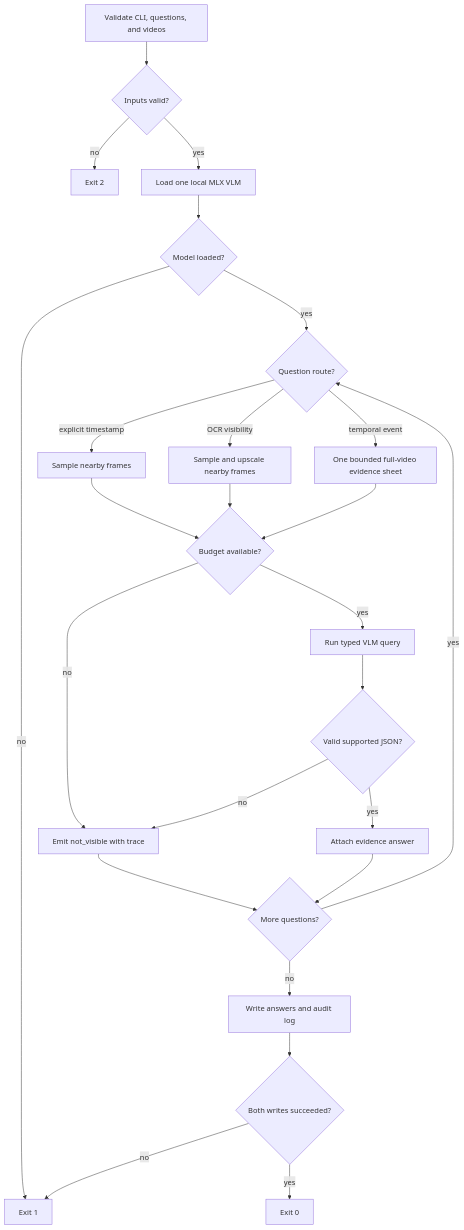
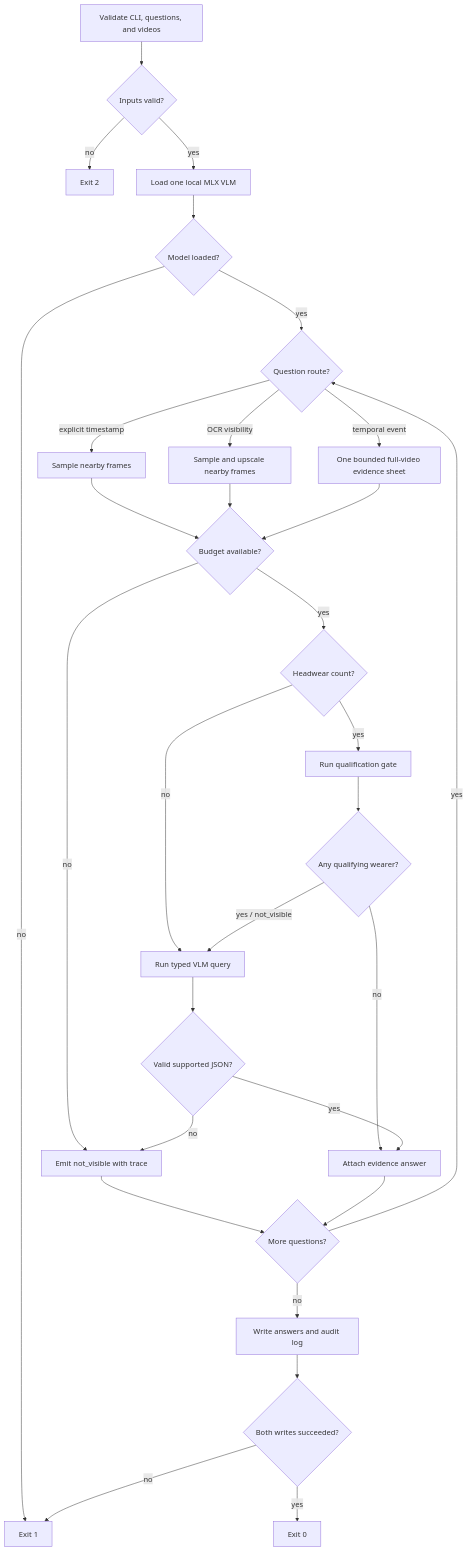
The diagram in DESIGN.md (softpeanut/kitchen-cctv-agent), drawn with Mermaid before and after one commit. The commit also changed other lines of this file and 1 other file, not shown here.

Commit message:
Document and test headwear count branches

````diff
--- a/DESIGN.md
+++ b/DESIGN.md
@@ -68,27 +68,32 @@
 ```mermaid
 flowchart TD
     A["Validate CLI, questions, and videos"] --> B{"Inputs valid?"}
     B -- no --> X["Exit 2"]
     B -- yes --> C["Load one local MLX VLM"]
     C --> D{"Model loaded?"}
     D -- no --> Y["Exit 1"]
     D -- yes --> E{"Question route?"}
     E -- explicit timestamp --> F["Sample nearby frames"]
     E -- OCR visibility --> G["Sample and upscale nearby frames"]
     E -- temporal event --> H["One bounded full-video evidence sheet"]
     F --> I{"Budget available?"}
     G --> I
     H --> I
     I -- no --> J["Emit not_visible with trace"]
-    I -- yes --> K["Run typed VLM query"]
+    I -- yes --> R{"Headwear count?"}
+    R -- no --> K["Run typed VLM query"]
+    R -- yes --> S["Run qualification gate"]
+    S --> T{"Any qualifying wearer?"}
+    T -- no --> M["Attach evidence count 0"]
+    T -- "yes / not_visible" --> K
     K --> L{"Valid supported JSON?"}
     L -- no --> J
     L -- yes --> M["Attach evidence answer"]
     J --> N{"More questions?"}
     M --> N
     N -- yes --> E
     N -- no --> O["Write answers and audit log"]
     O --> P{"Both writes succeeded?"}
     P -- no --> Y
     P -- yes --> Q["Exit 0"]
 ```
````
